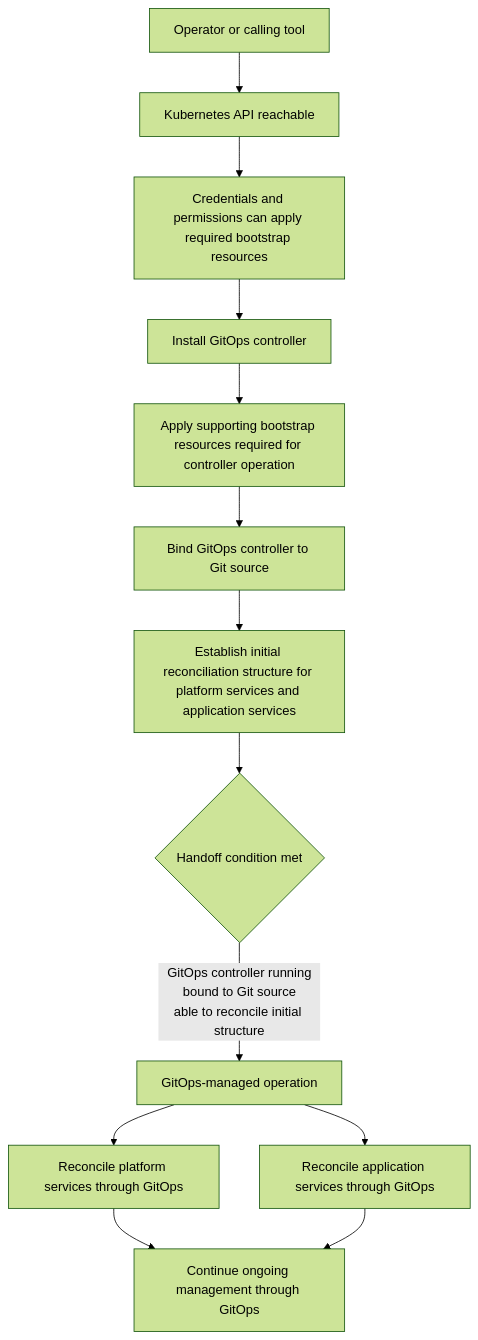
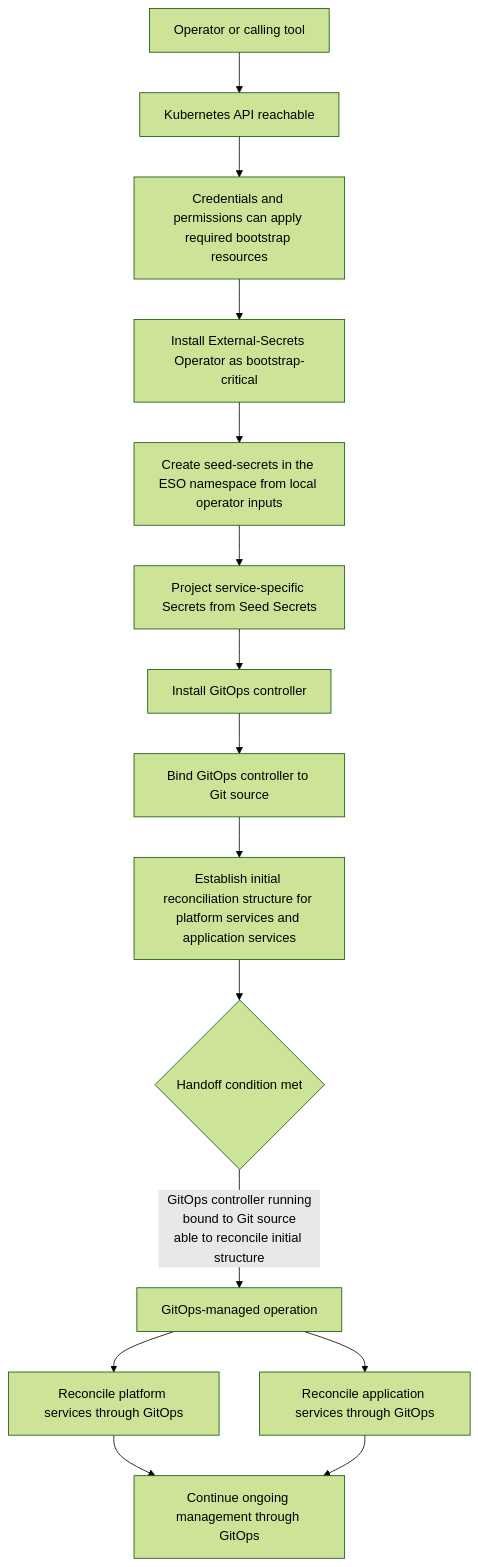
Before and after one commit to 42aei/kubecrate: the diagram in docs/bootstrap-installation-contract.md, drawn with Mermaid (forest theme). The commit also changed other lines of this file and 5 other files, not shown here.

Commit message:
docs: capture seed secrets bootstrap direction

````diff
--- a/docs/bootstrap-installation-contract.md
+++ b/docs/bootstrap-installation-contract.md
@@ -86,20 +96,22 @@
 ```mermaid
 flowchart TD
     A[Operator or calling tool]
     B[Kubernetes API reachable]
     C[Credentials and permissions can apply required bootstrap resources]
-    D[Install GitOps controller]
-    E[Apply supporting bootstrap resources required for controller operation]
-    F[Bind GitOps controller to Git source]
-    G[Establish initial reconciliation structure for platform services and application services]
-    H{Handoff condition met}
-    I[GitOps-managed operation]
-    J[Reconcile platform services through GitOps]
-    K[Reconcile application services through GitOps]
-    L[Continue ongoing management through GitOps]
+    D[Install External-Secrets Operator as bootstrap-critical]
+    E[Create seed-secrets in the ESO namespace from local operator inputs]
+    F[Project service-specific Secrets from Seed Secrets]
+    G[Install GitOps controller]
+    H[Bind GitOps controller to Git source]
+    I[Establish initial reconciliation structure for platform services and application services]
+    J{Handoff condition met}
+    K[GitOps-managed operation]
+    L[Reconcile platform services through GitOps]
+    M[Reconcile application services through GitOps]
+    N[Continue ongoing management through GitOps]
 
-    A --> B --> C --> D --> E --> F --> G --> H
-    H -->|GitOps controller running\nbound to Git source\nable to reconcile initial structure| I
-    I --> J --> L
-    I --> K --> L
+    A --> B --> C --> D --> E --> F --> G --> H --> I --> J
+    J -->|GitOps controller running\nbound to Git source\nable to reconcile initial structure| K
+    K --> L --> N
+    K --> M --> N
 ```
````
